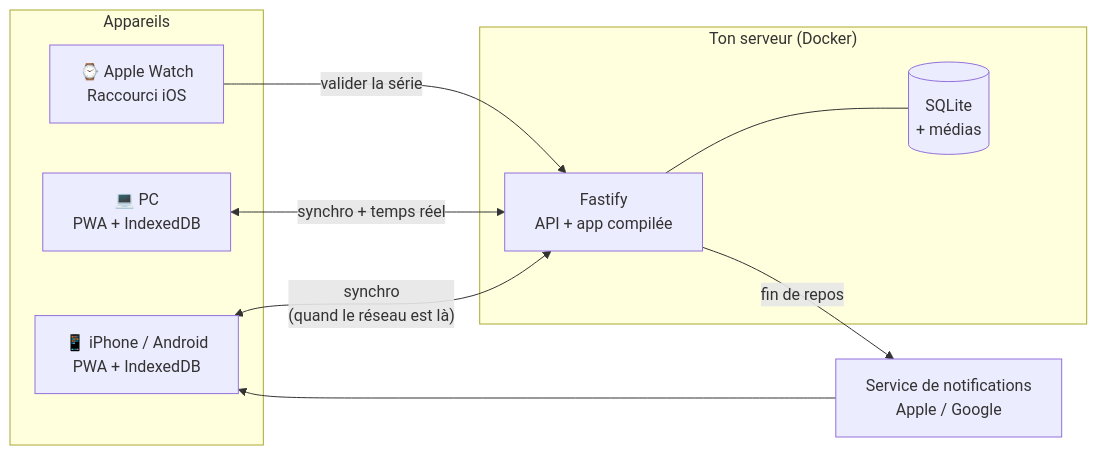
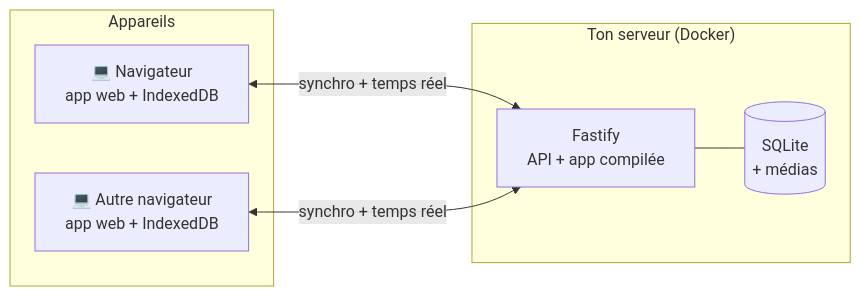
One commit to ZSR17/athlos changed the diagram in README.md. Above: the diagram before and after it, drawn with Mermaid. The commit also changed other lines of this file and 51 other files, not shown here.

First line of the commit message:
Remove phone-specific features: web push, watch shortcut, PWA

````diff
--- a/README.md
+++ b/README.md
@@ -56,19 +54,15 @@
 ```mermaid
 flowchart LR
   subgraph Appareils
-    A["📱 iPhone / Android<br/>PWA + IndexedDB"]
-    B["💻 PC<br/>PWA + IndexedDB"]
-    W["⌚ Apple Watch<br/>Raccourci iOS"]
+    A["💻 Navigateur<br/>app web + IndexedDB"]
+    B["💻 Autre navigateur<br/>app web + IndexedDB"]
   end
   subgraph Serveur["Ton serveur (Docker)"]
     S["Fastify<br/>API + app compilée"]
     D[("SQLite<br/>+ médias")]
   end
-  P["Service de notifications<br/>Apple / Google"]
 
-  A <-- "synchro<br/>(quand le réseau est là)" --> S
+  A <-- "synchro + temps réel" --> S
   B <-- "synchro + temps réel" --> S
-  W -- "valider la série" --> S
   S --- D
-  S -- "fin de repos" --> P --> A
 ```
````
